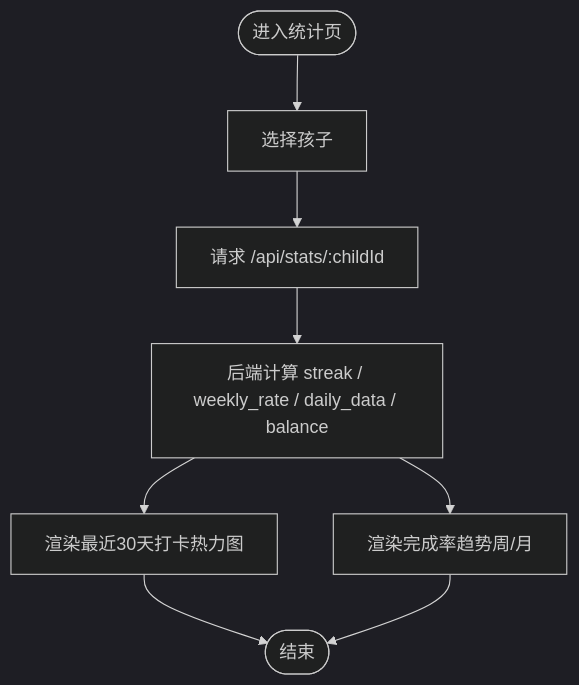
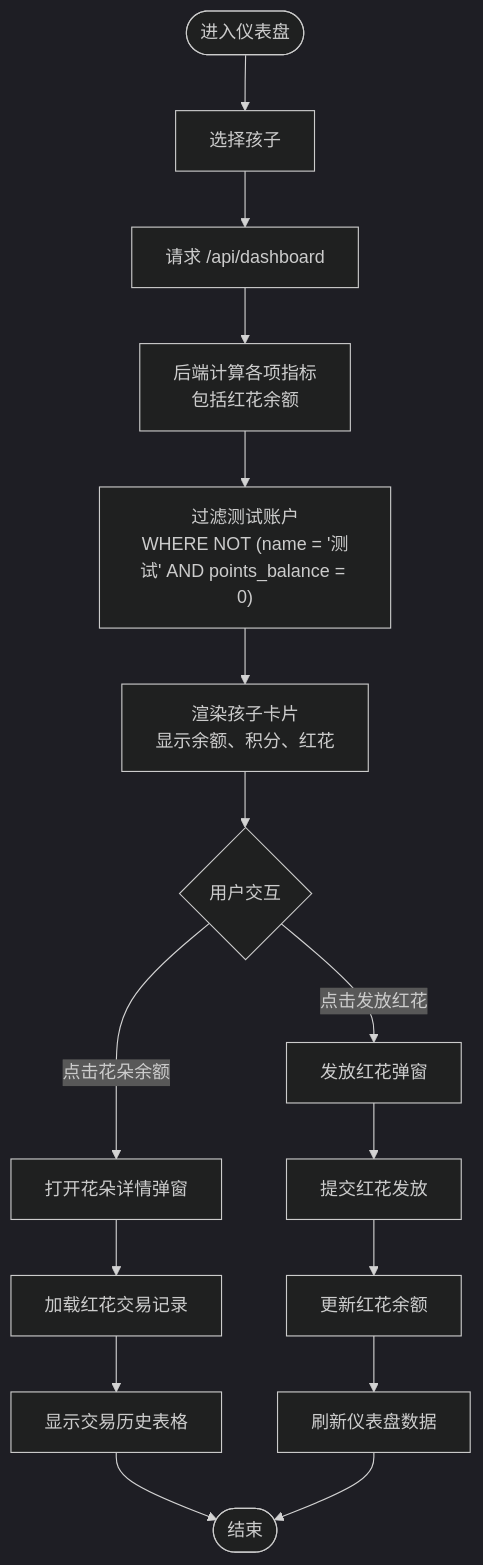
The second of 3 diagrams in .qoder/repowiki/zh/content/产品数据看板.md (dawny123123/StarParadise), drawn with Mermaid (dark theme) before and after one commit. The commit also changed other lines of this file and 126 other files, not shown here.

````diff
--- a/.qoder/repowiki/zh/content/产品数据看板.md
+++ b/.qoder/repowiki/zh/content/产品数据看板.md
@@ -112,10 +155,18 @@
 ```mermaid
 flowchart TD
-Start(["进入统计页"]) --> Select["选择孩子"]
-Select --> Fetch["请求 /api/stats/:childId"]
-Fetch --> Calc["后端计算 streak / weekly_rate / daily_data / balance"]
-Calc --> Heatmap["渲染最近30天打卡热力图"]
-Calc --> Trend["渲染完成率趋势周/月"]
-Heatmap --> End(["结束"])
-Trend --> End
+Start(["进入仪表盘"]) --> Select["选择孩子"]
+Select --> Fetch["请求 /api/dashboard"]
+Fetch --> Calc["后端计算各项指标<br/>包括红花余额"]
+Calc --> Filter["过滤测试账户<br/>WHERE NOT (name = '测试' AND points_balance = 0)"]
+Filter --> Display["渲染孩子卡片<br/>显示余额、积分、红花"]
+Display --> Interaction{"用户交互"}
+Interaction --> |点击花朵余额| DetailModal["打开花朵详情弹窗"]
+Interaction --> |点击发放红花| GrantFlowers["发放红花弹窗"]
+DetailModal --> LoadRecords["加载红花交易记录"]
+LoadRecords --> ShowHistory["显示交易历史表格"]
+GrantFlowers --> SubmitFlowers["提交红花发放"]
+SubmitFlowers --> UpdateBalance["更新红花余额"]
+UpdateBalance --> Refresh["刷新仪表盘数据"]
+ShowHistory --> End(["结束"])
+Refresh --> End
 ```
````
